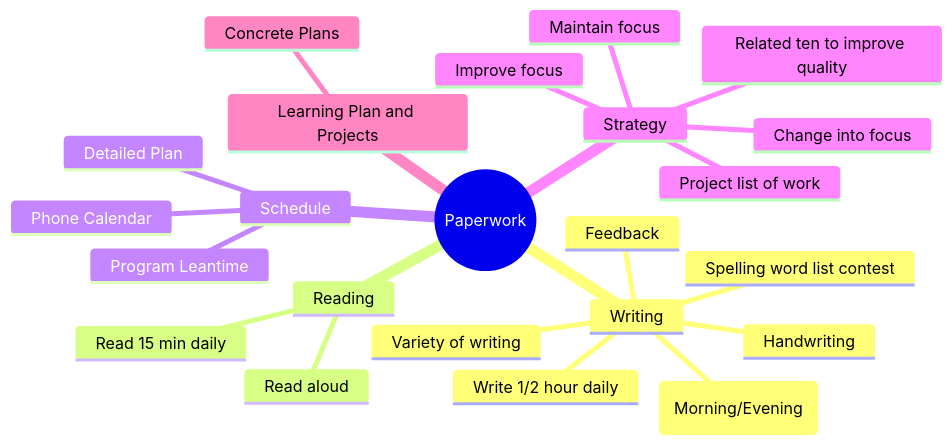
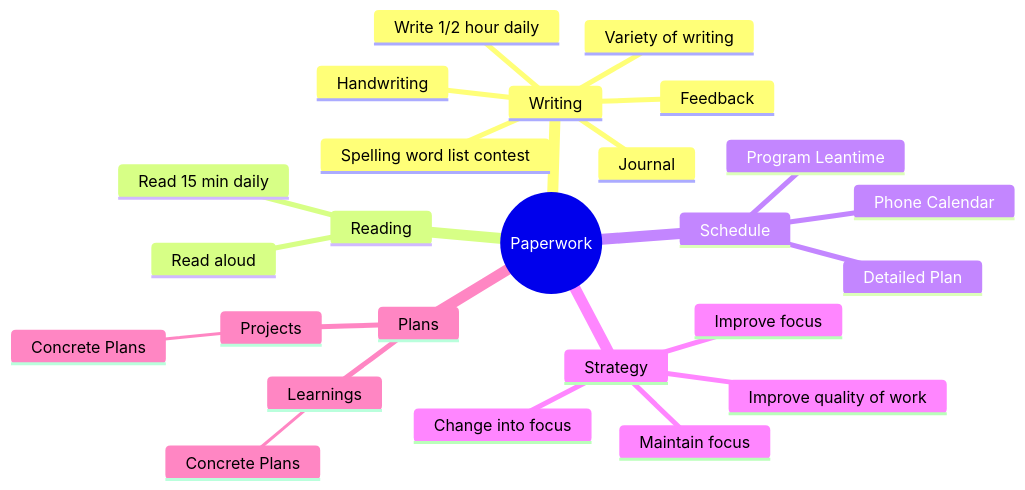
Before and after one commit to Lucas-lufa/Notes: the diagram in random/Paperwork/paperwork.md, drawn with Mermaid.

Commit message:
paperwork mindmap correction

````diff
--- a/random/Paperwork/paperwork.md
+++ b/random/Paperwork/paperwork.md
@@ -1,26 +1,28 @@
 ```mermaid
 mindmap
   root((Paperwork))
     Writing
       Write 1/2 hour daily
-      Journal (Morning/Evening)
+      Journal
       Spelling word list contest
       Variety of writing
       Feedback
       Handwriting
     Reading
       Read 15 min daily
       Read aloud
     Schedule
       Phone Calendar
       Detailed Plan
       Program Leantime
     Strategy
-      Related ten to improve quality
-      Project list of work
+      Improve quality of work
       Improve focus
       Change into focus
       Maintain focus
-    Learning Plan and Projects
-      Concrete Plans
+    Plans
+      Learnings
+        Concrete Plans    
+      Projects
+        Concrete Plans
 ```
````
